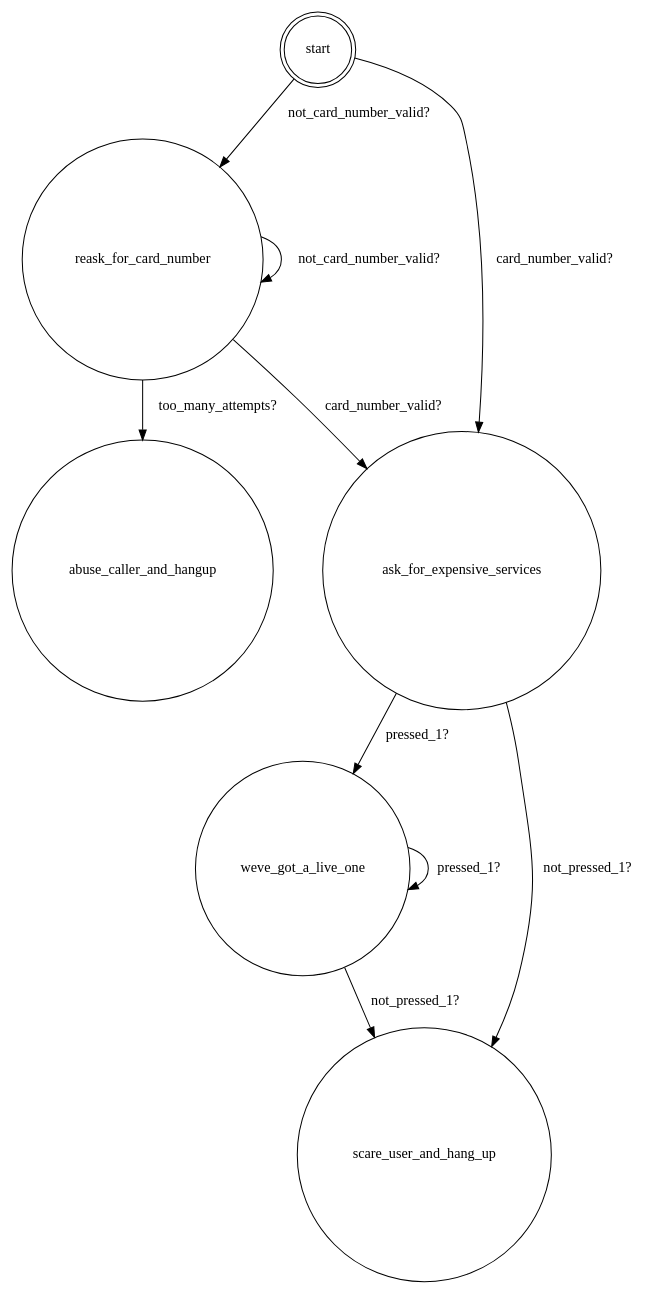
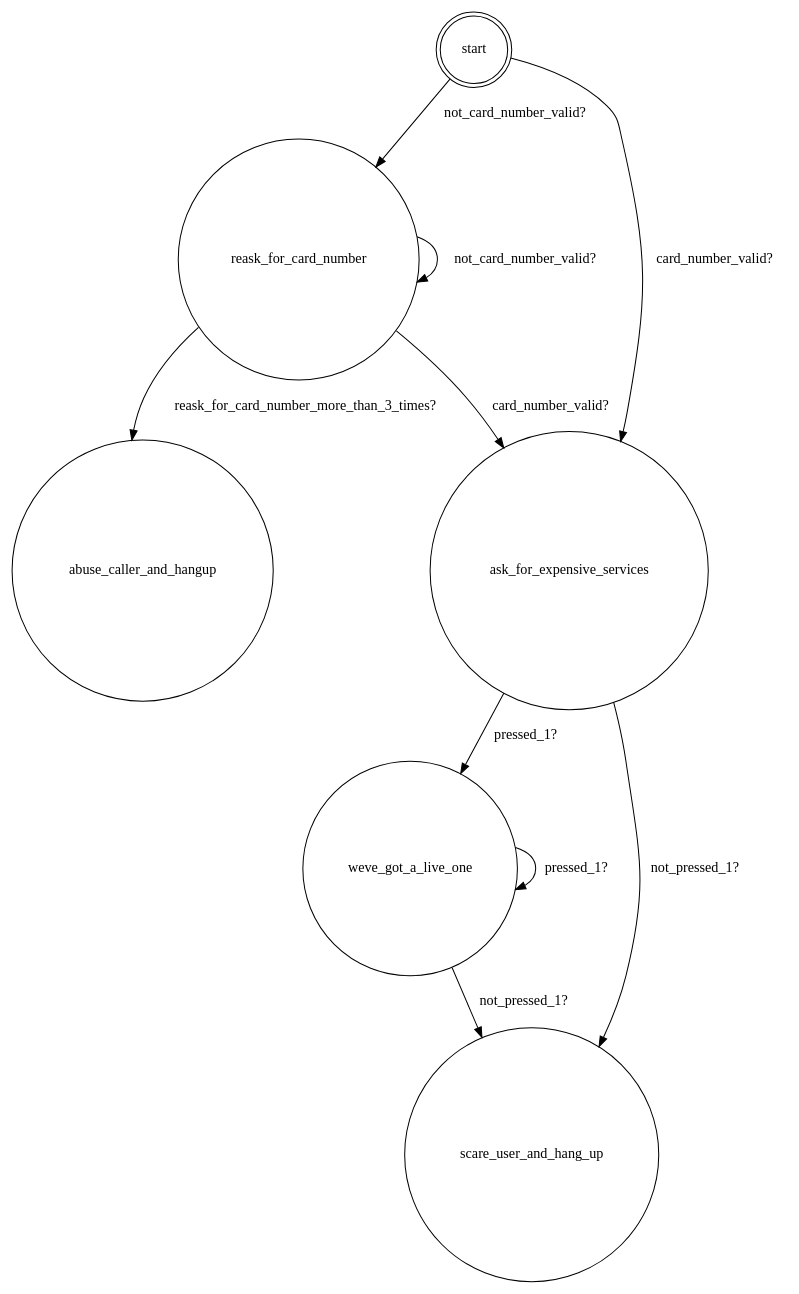
Before and after one commit to kyleburton/twilio-in-ten-minutes: the diagram in twilio-app/public/workflows/ccard.dot, drawn with Graphviz. The commit also changed 16 other files, not shown here.

Commit message:
workflow view, showing png graph w/size toggle

```diff
--- a/twilio-app/public/workflows/ccard.dot
+++ b/twilio-app/public/workflows/ccard.dot
@@ -1,17 +1,17 @@
 digraph {
   "abuse_caller_and_hangup" [ shape = circle ]; 
   "reask_for_card_number" [ shape = circle ]; 
-  "reask_for_card_number" -> "abuse_caller_and_hangup" [ label = "too_many_attempts?" ];
+  "reask_for_card_number" -> "abuse_caller_and_hangup" [ label = "reask_for_card_number_more_than_3_times?" ];
   "reask_for_card_number" -> "reask_for_card_number" [ label = "not_card_number_valid?" ];
   "reask_for_card_number" -> "ask_for_expensive_services" [ label = "card_number_valid?" ];
   "weve_got_a_live_one" [ shape = circle ]; 
   "weve_got_a_live_one" -> "weve_got_a_live_one" [ label = "pressed_1?" ];
   "weve_got_a_live_one" -> "scare_user_and_hang_up" [ label = "not_pressed_1?" ];
   "start" [ shape = doublecircle ]; 
   "start" -> "reask_for_card_number" [ label = "not_card_number_valid?" ];
   "start" -> "ask_for_expensive_services" [ label = "card_number_valid?" ];
   "ask_for_expensive_services" [ shape = circle ]; 
   "ask_for_expensive_services" -> "weve_got_a_live_one" [ label = "pressed_1?" ];
   "ask_for_expensive_services" -> "scare_user_and_hang_up" [ label = "not_pressed_1?" ];
   "scare_user_and_hang_up" [ shape = circle ]; 
 }
```
